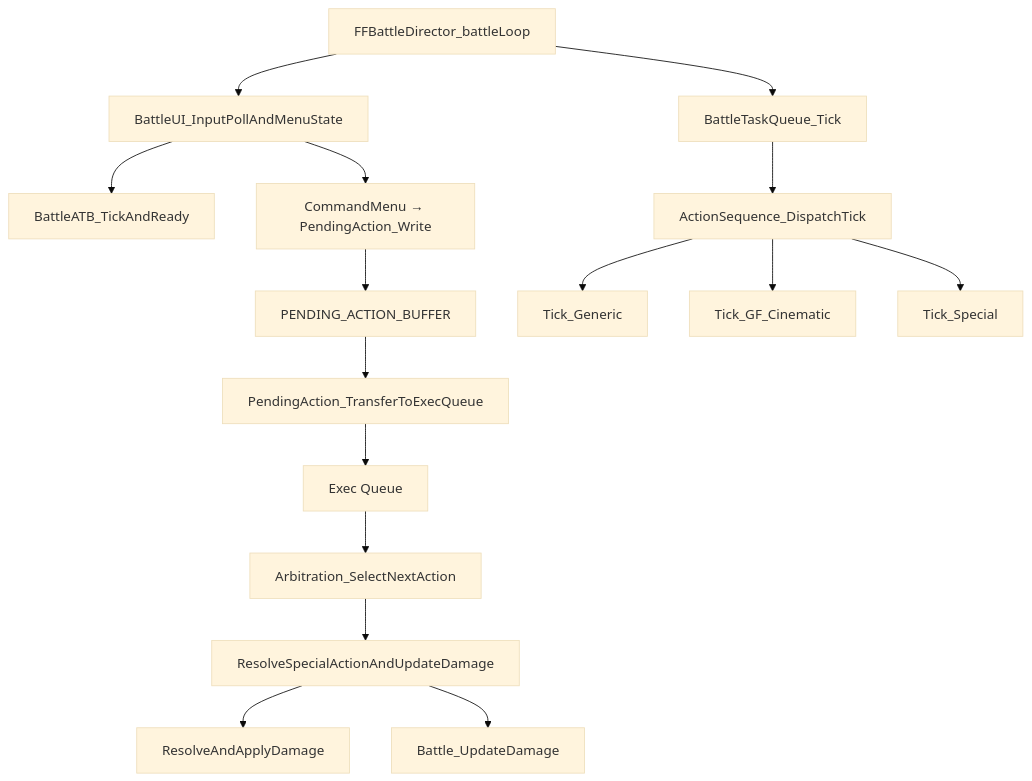
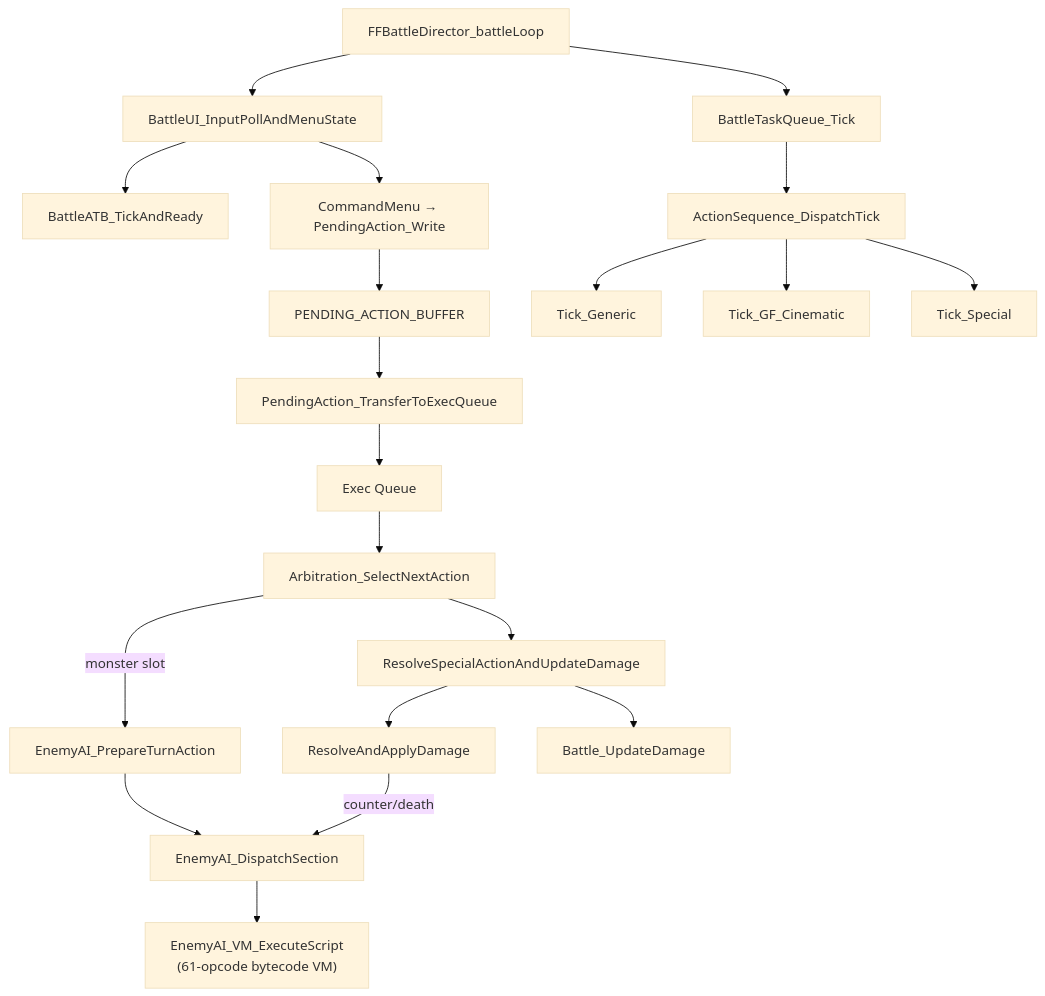
Before and after one commit to Djoe-Denne/BinaryTribunal: the diagram in docs/tech/systems/battle_loop.md, drawn with Mermaid (base theme). The commit also changed other lines of this file and 7 other files, not shown here.

````diff
--- a/docs/tech/systems/battle_loop.md
+++ b/docs/tech/systems/battle_loop.md
@@ -31,18 +42,22 @@
 ```mermaid
 flowchart TD
   battleLoop["FFBattleDirector_battleLoop"] --> inputPoll["BattleUI_InputPollAndMenuState"]
   inputPoll --> atbTick["BattleATB_TickAndReady"]
   inputPoll --> buildCmd["CommandMenu → PendingAction_Write"]
   buildCmd --> pendingBuf["PENDING_ACTION_BUFFER"]
   pendingBuf --> transfer["PendingAction_TransferToExecQueue"]
   transfer --> execQueue["Exec Queue"]
   execQueue --> arb["Arbitration_SelectNextAction"]
+  arb -->|monster slot| aiPrepare["EnemyAI_PrepareTurnAction"]
+  aiPrepare --> aiDispatch["EnemyAI_DispatchSection"]
+  aiDispatch --> aiVM["EnemyAI_VM_ExecuteScript\n(61-opcode bytecode VM)"]
   arb --> resolve["ResolveSpecialActionAndUpdateDamage"]
   resolve --> damage["ResolveAndApplyDamage"]
   resolve --> updateDmg["Battle_UpdateDamage"]
+  damage -->|counter/death| aiDispatch
   battleLoop --> taskQueue["BattleTaskQueue_Tick"]
   taskQueue --> seqDispatch["ActionSequence_DispatchTick"]
   seqDispatch --> tickGeneric["Tick_Generic"]
   seqDispatch --> tickGF["Tick_GF_Cinematic"]
   seqDispatch --> tickSpecial["Tick_Special"]
 ```
````
